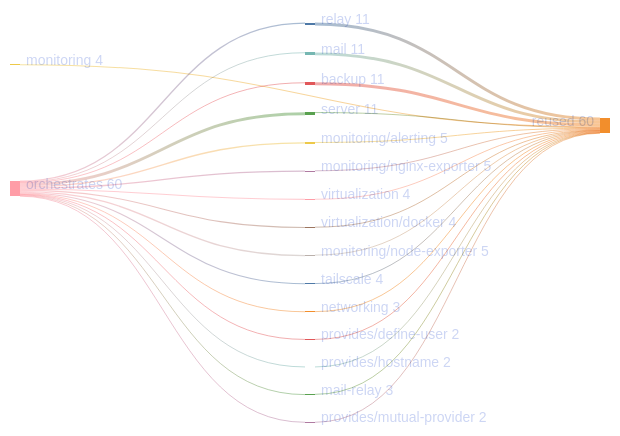
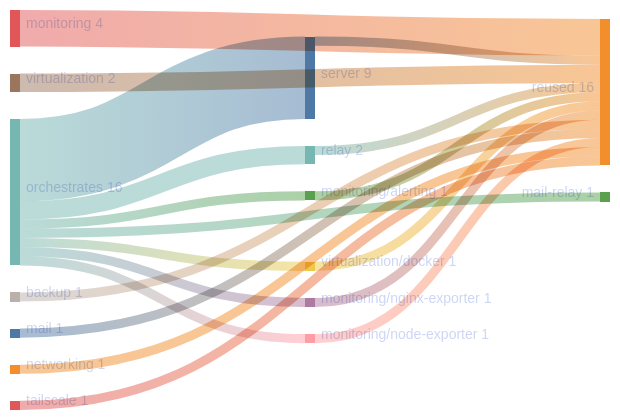
The diagram in templates/diag-fx-demo/diagrams/mail-relay-fan.md (sini/den), drawn with Mermaid before and after one commit. The commit also changed 849 other files, not shown here.

Commit message:
chore: update fx diagrams

````diff
--- a/templates/diag-fx-demo/diagrams/mail-relay-fan.md
+++ b/templates/diag-fx-demo/diagrams/mail-relay-fan.md
@@ -5,36 +5,24 @@
 ```mermaid
 %%{init: {"theme":"base","themeVariables":{"activationBkgColor":"#313244","activationBorderColor":"#6c7086","actorBkg":"#313244","actorBorder":"#a6adc8","actorLineColor":"#a6adc8","actorTextColor":"#cdd6f4","background":"#1e1e2e","classText":"#cdd6f4","clusterBkg":"#313244","clusterBorder":"#6c7086","edgeLabelBackground":"#1e1e2e","labelBoxBkgColor":"#313244","labelBoxBorderColor":"#a6adc8","labelTextColor":"#cdd6f4","lineColor":"#a6adc8","loopTextColor":"#cdd6f4","mainBkg":"#313244","nodeBkg":"#313244","nodeBorder":"#a6adc8","nodeTextColor":"#cdd6f4","noteBkgColor":"#313244","noteBorderColor":"#6c7086","noteTextColor":"#cdd6f4","pie1":"#f38ba8","pie2":"#fab387","pie3":"#f9e2af","pie4":"#a6e3a1","pie5":"#94e2d5","pie6":"#89b4fa","pie7":"#cba6f7","pie8":"#f2cdcd","pieLegendTextColor":"#cdd6f4","pieOuterStrokeColor":"#6c7086","pieSectionTextColor":"#cdd6f4","pieStrokeColor":"#6c7086","pieTitleTextColor":"#cdd6f4","primaryBorderColor":"#a6adc8","primaryColor":"#313244","primaryTextColor":"#cdd6f4","secondBkg":"#313244","secondaryBorderColor":"#6c7086","secondaryColor":"#313244","secondaryTextColor":"#cdd6f4","sequenceNumberColor":"#1e1e2e","signalColor":"#a6adc8","signalTextColor":"#cdd6f4","tertiaryBorderColor":"#6c7086","tertiaryColor":"#313244","tertiaryTextColor":"#cdd6f4","textColor":"#cdd6f4","titleColor":"#cdd6f4"}}}%%
 sankey-beta
 
-"relay","reused",11
-"backup","reused",11
-"mail","reused",11
-"server","reused",2
-"monitoring/alerting","reused",2
-"monitoring/nginx-exporter","reused",2
-"virtualization","reused",3
-"virtualization/docker","reused",2
+"server","reused",1
+"monitoring","reused",4
+"relay","reused",1
+"monitoring/alerting","reused",1
+"virtualization/docker","reused",1
+"monitoring/nginx-exporter","reused",1
 "monitoring/node-exporter","reused",1
-"tailscale","reused",2
-"networking","reused",2
-"provides/define-user","reused",2
-"provides/hostname","reused",2
-"mail-relay","reused",1
-"monitoring","reused",4
-"provides/mutual-provider","reused",2
-"orchestrates","relay",5
-"orchestrates","backup",3
-"orchestrates","mail",2
-"orchestrates","server",11
-"orchestrates","monitoring/alerting",5
-"orchestrates","monitoring/nginx-exporter",5
-"orchestrates","virtualization",4
-"orchestrates","virtualization/docker",4
-"orchestrates","monitoring/node-exporter",5
-"orchestrates","tailscale",4
-"orchestrates","networking",3
-"orchestrates","provides/define-user",2
-"orchestrates","provides/hostname",2
-"orchestrates","mail-relay",3
-"orchestrates","provides/mutual-provider",2
+"virtualization","reused",2
+"backup","reused",1
+"mail","reused",1
+"networking","reused",1
+"tailscale","reused",1
+"orchestrates","server",9
+"orchestrates","relay",2
+"orchestrates","monitoring/alerting",1
+"orchestrates","virtualization/docker",1
+"orchestrates","monitoring/nginx-exporter",1
+"orchestrates","monitoring/node-exporter",1
+"orchestrates","mail-relay",1
 ```
````
